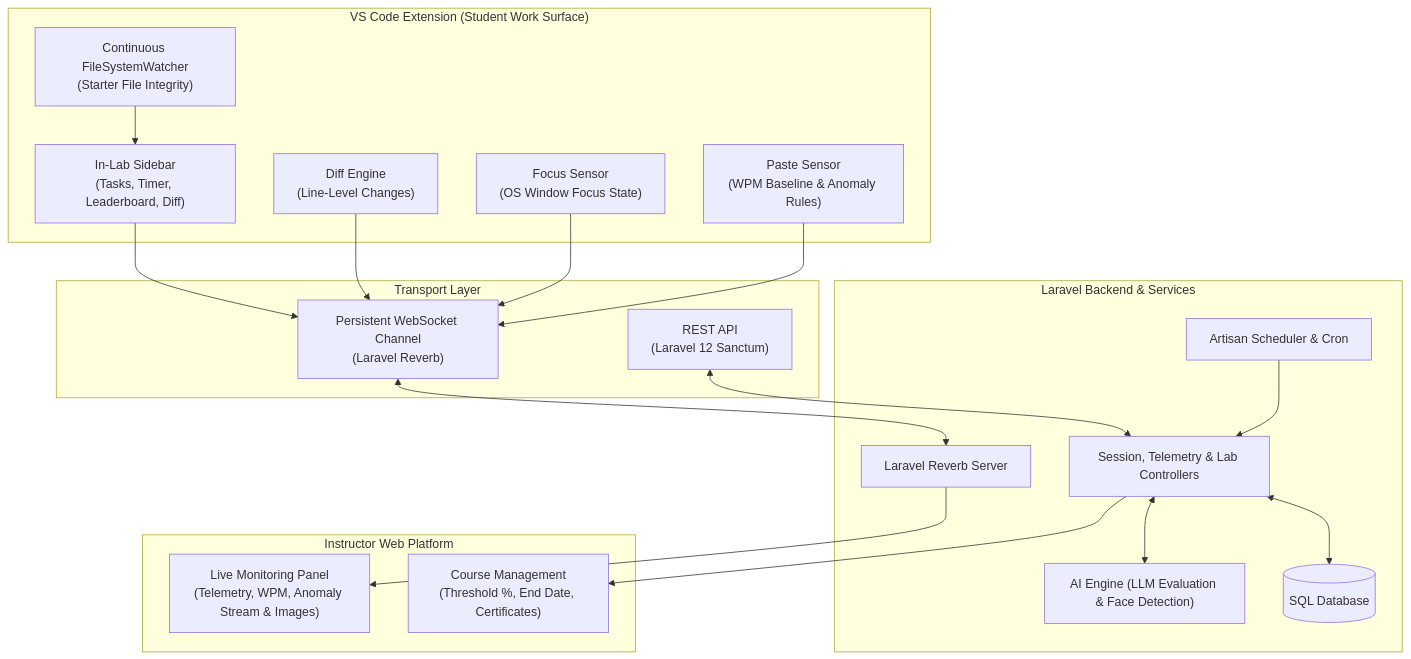
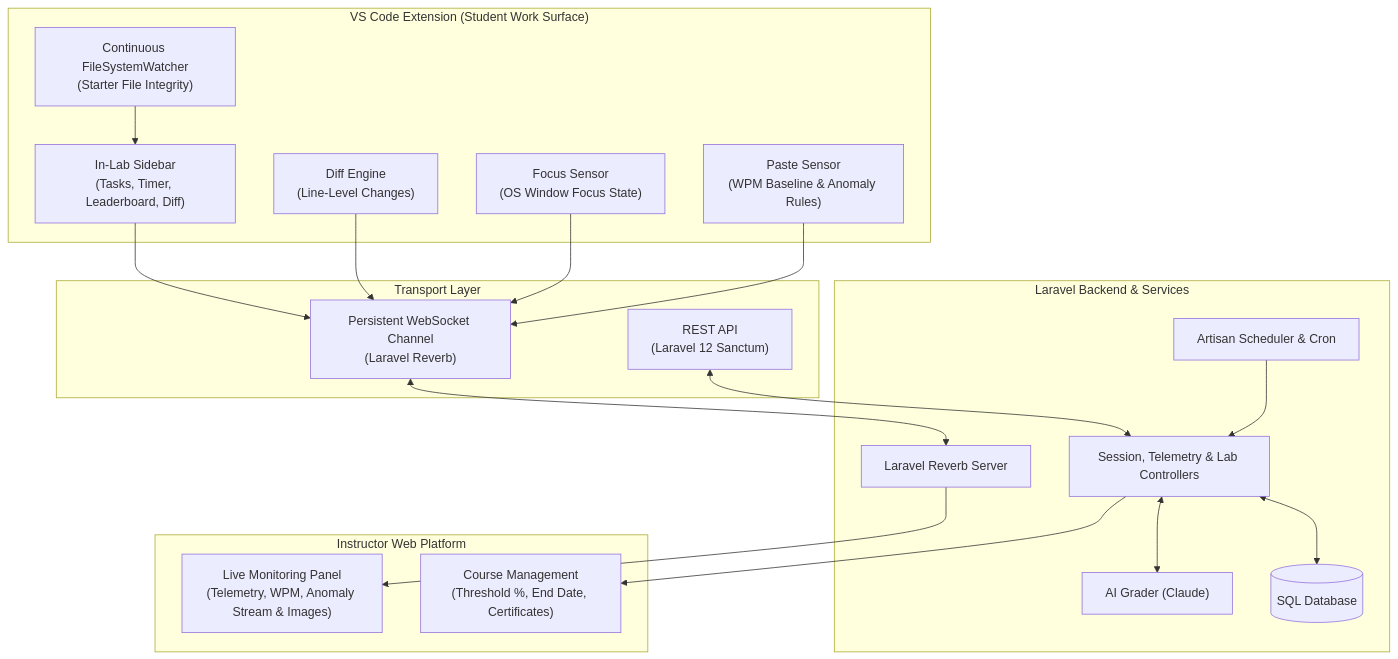
Before and after one commit to vhengie02/Certicode-Labs: the diagram in README.md, drawn with Mermaid. The commit also changed other lines of this file and 32 other files, not shown here.

````diff
--- a/README.md
+++ b/README.md
@@ -99,42 +100,42 @@
 ```mermaid
 flowchart TD
     subgraph Client ["VS Code Extension (Student Work Surface)"]
         Sidebar["In-Lab Sidebar<br/>(Tasks, Timer, Leaderboard, Diff)"]
         Watcher["Continuous FileSystemWatcher<br/>(Starter File Integrity)"]
         DiffEngine["Diff Engine<br/>(Line-Level Changes)"]
         FocusSensor["Focus Sensor<br/>(OS Window Focus State)"]
         PasteSensor["Paste Sensor<br/>(WPM Baseline & Anomaly Rules)"]
     end
 
     subgraph Transport ["Transport Layer"]
         WS["Persistent WebSocket Channel<br/>(Laravel Reverb)"]
         REST["REST API<br/>(Laravel 12 Sanctum)"]
     end
 
     subgraph Backend ["Laravel Backend & Services"]
         Reverb["Laravel Reverb Server"]
         Controllers["Session, Telemetry & Lab Controllers"]
-        AIService["AI Engine (LLM Evaluation & Face Detection)"]
+        AIService["AI Grader (Claude)"]
         DB[(SQL Database)]
         Scheduler["Artisan Scheduler & Cron"]
     end
 
     subgraph Instructor ["Instructor Web Platform"]
         Monitor["Live Monitoring Panel<br/>(Telemetry, WPM, Anomaly Stream & Images)"]
         CourseSettings["Course Management<br/>(Threshold %, End Date, Certificates)"]
     end
 
     Sidebar --> WS
     DiffEngine --> WS
     FocusSensor --> WS
     PasteSensor --> WS
     Watcher --> Sidebar
     
     WS <--> Reverb
     REST <--> Controllers
     Reverb --> Monitor
     Controllers <--> DB
     Controllers <--> AIService
     Scheduler --> Controllers
     Controllers --> CourseSettings
 ```
````
